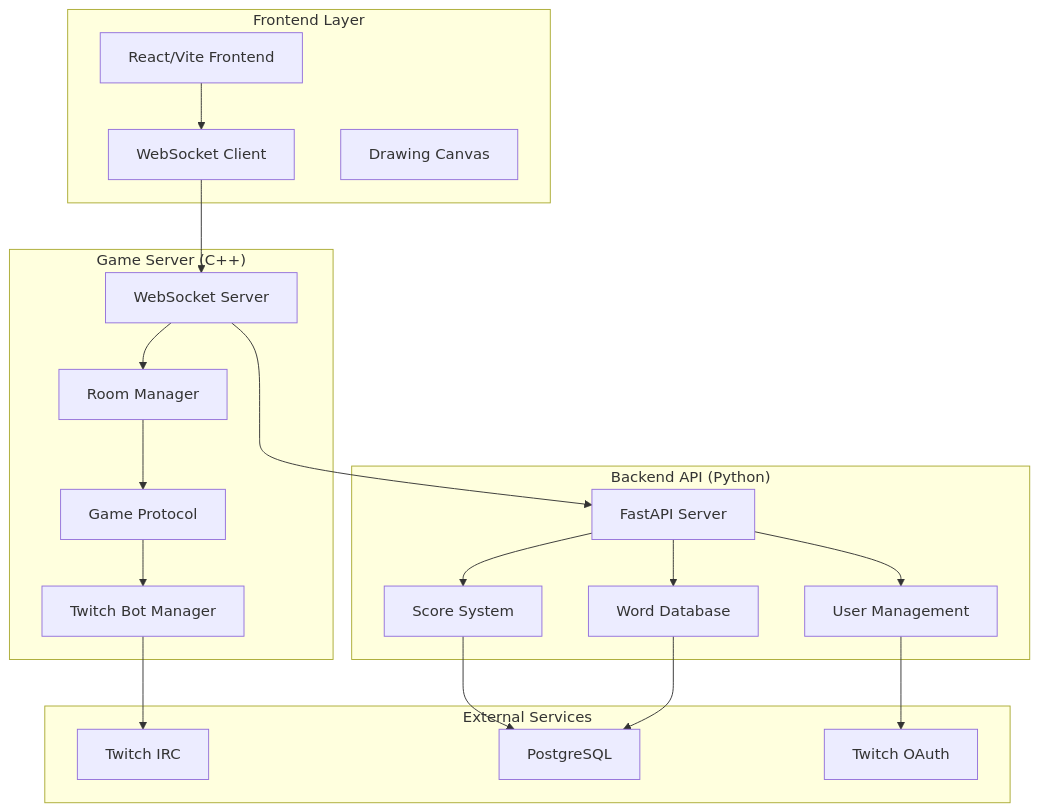
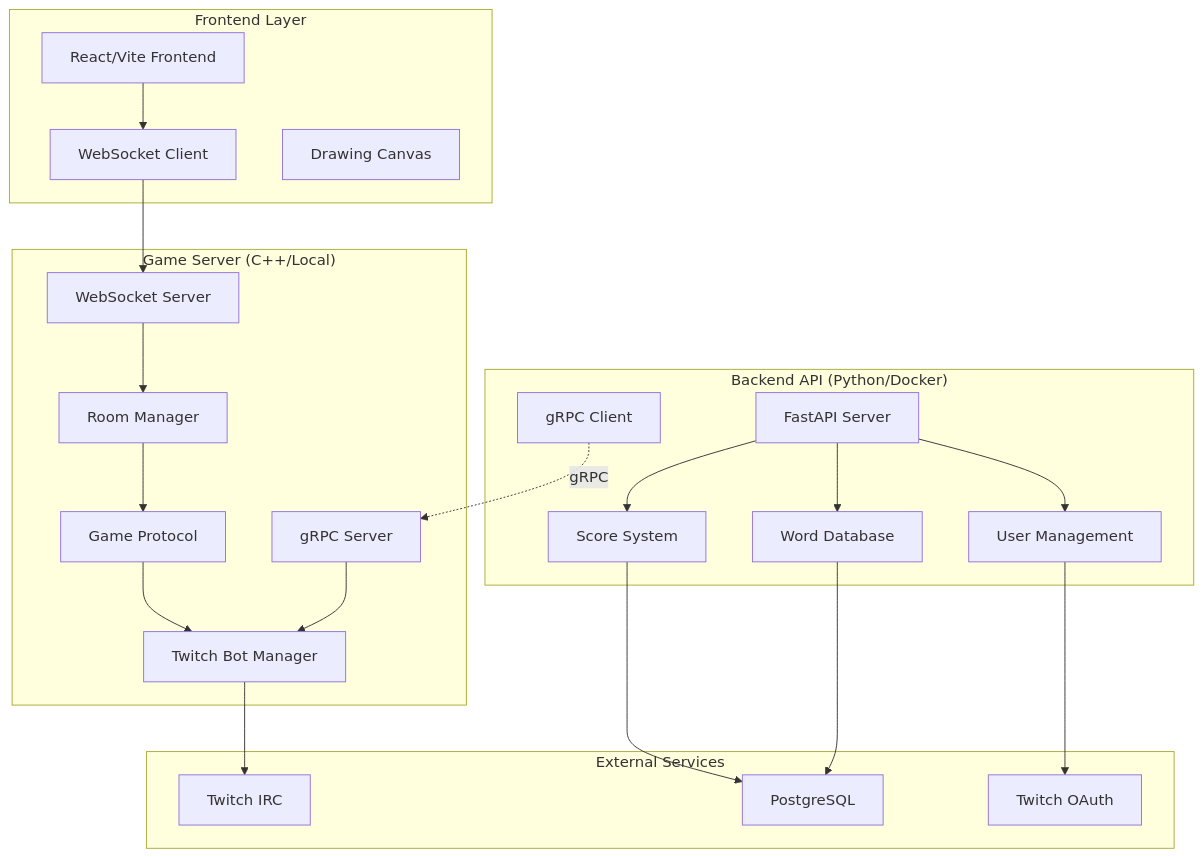
Before and after one commit to B00147423/GuessIO: the diagram in README.md, drawn with Mermaid. The commit also changed other lines of this file, not shown here.

````diff
--- a/README.md
+++ b/README.md
@@ -42,42 +42,45 @@
 ```mermaid
 graph TB
     subgraph "Frontend Layer"
         A[React/Vite Frontend]
         B[WebSocket Client]
         C[Drawing Canvas]
     end
     
-    subgraph "Game Server (C++)"
+    subgraph "Backend API (Python/Docker)"
+        H[FastAPI Server]
+        I[User Management]
+        J[Score System]
+        K[Word Database]
+        L[gRPC Client]
+    end
+    
+    subgraph "Game Server (C++/Local)"
         D[WebSocket Server]
         E[Room Manager]
         F[Game Protocol]
         G[Twitch Bot Manager]
-    end
-    
-    subgraph "Backend API (Python)"
-        H[FastAPI Server]
-        I[User Management]
-        J[Score System]
-        K[Word Database]
+        M[gRPC Server]
     end
     
     subgraph "External Services"
-        L[Twitch IRC]
-        M[PostgreSQL]
-        N[Twitch OAuth]
+        N[Twitch IRC]
+        O[PostgreSQL]
+        P[Twitch OAuth]
     end
     
     A --> B
     B --> D
     D --> E
     E --> F
     F --> G
-    G --> L
+    G --> N
     H --> I
     H --> J
     H --> K
-    I --> N
-    J --> M
-    K --> M
-    D --> H
+    I --> P
+    J --> O
+    K --> O
+    L -.->|gRPC| M
+    M --> G
 ```
````
